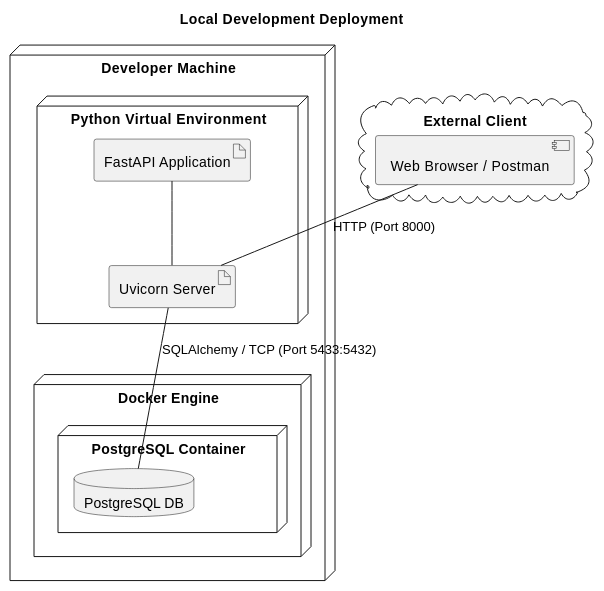
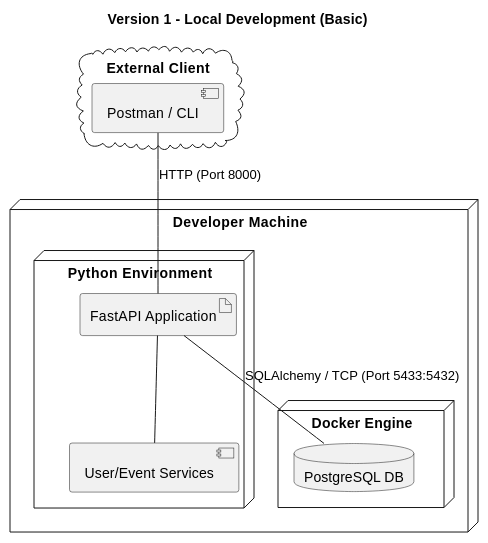
Before and after one commit to NikosKoutsoukosPrelorentzos/you-want-ticket: the first of 3 diagrams in diagrams/DEPLOYMENT_DIAGRAMS.md, drawn with PlantUML. The commit also changed other lines of this file and 24 other files, not shown here.

First line of the commit message:
Restructure and expand system documentation with versioned diagrams

````diff
--- a/diagrams/DEPLOYMENT_DIAGRAMS.md
+++ b/diagrams/DEPLOYMENT_DIAGRAMS.md
@@ -8,27 +10,26 @@
 ```plantuml
 @startuml
-title Local Development Deployment
+allowmixing
+title Version 1 - Local Development (Basic)
 
 node "Developer Machine" {
-  node "Python Virtual Environment" {
+  node "Python Environment" {
     artifact "FastAPI Application" as app
-    artifact "Uvicorn Server" as server
-    app -- server
+    component "User/Event Services" as logic
+    app -- logic
   }
 
   node "Docker Engine" {
-    node "PostgreSQL Container" {
-      database "PostgreSQL DB" as db
-    }
+    database "PostgreSQL DB" as db
   }
 
-  server -- db : "SQLAlchemy / TCP (Port 5433:5432)"
+  app -- db : "SQLAlchemy / TCP (Port 5433:5432)"
 }
 
 cloud "External Client" {
-  [Web Browser / Postman] as client
+  component "Postman / CLI" as client
 }
 
-client -- server : "HTTP (Port 8000)"
+client -- app : "HTTP (Port 8000)"
 @enduml
 ```
````
